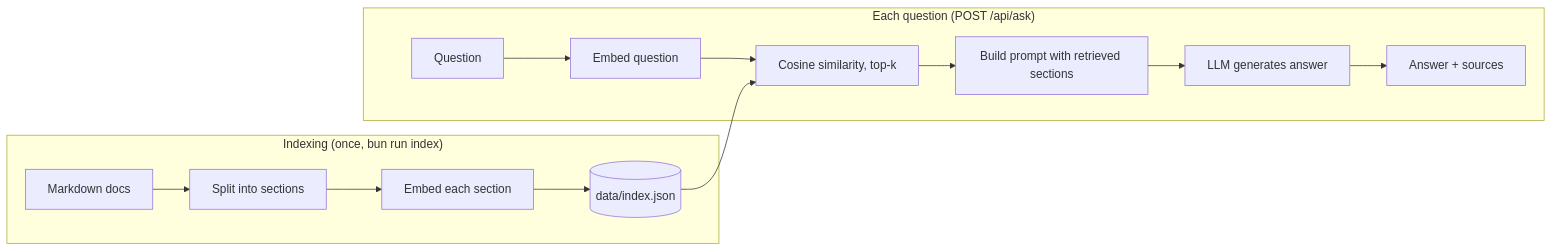
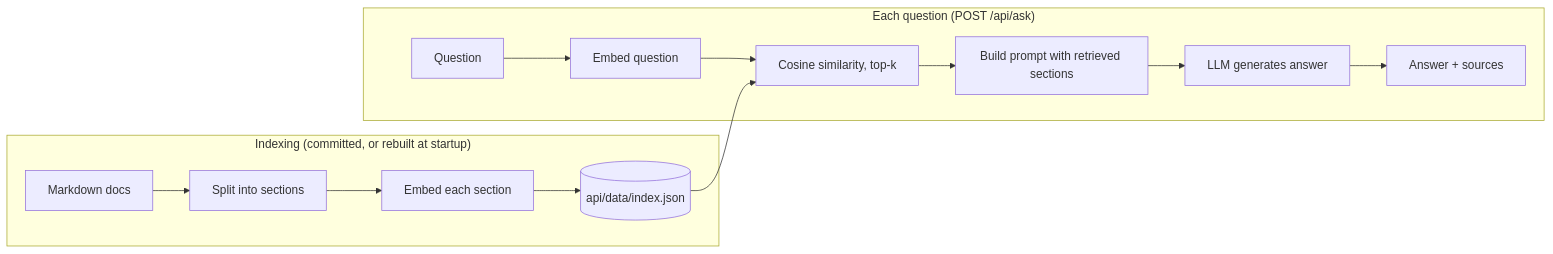
One commit to hoffsilva/rag-zero changed the diagram in README.md. Above: the diagram before and after it, drawn with Mermaid. The commit also changed other lines of this file and 24 other files, not shown here.

````diff
--- a/README.md
+++ b/README.md
@@ -14,11 +16,11 @@
 ```mermaid
 flowchart LR
-    subgraph Indexing["Indexing (once, bun run index)"]
-        D[Markdown docs] --> S[Split into sections] --> E1[Embed each section] --> J[(data/index.json)]
+    subgraph Indexing["Indexing (committed, or rebuilt at startup)"]
+        D[Markdown docs] --> S[Split into sections] --> E1[Embed each section] --> J[(api/data/index.json)]
     end
     subgraph Query["Each question (POST /api/ask)"]
         Q[Question] --> E2[Embed question] --> R[Cosine similarity, top-k]
         J --> R
         R --> A[Build prompt with retrieved sections] --> G[LLM generates answer] --> O[Answer + sources]
     end
 ```
````
